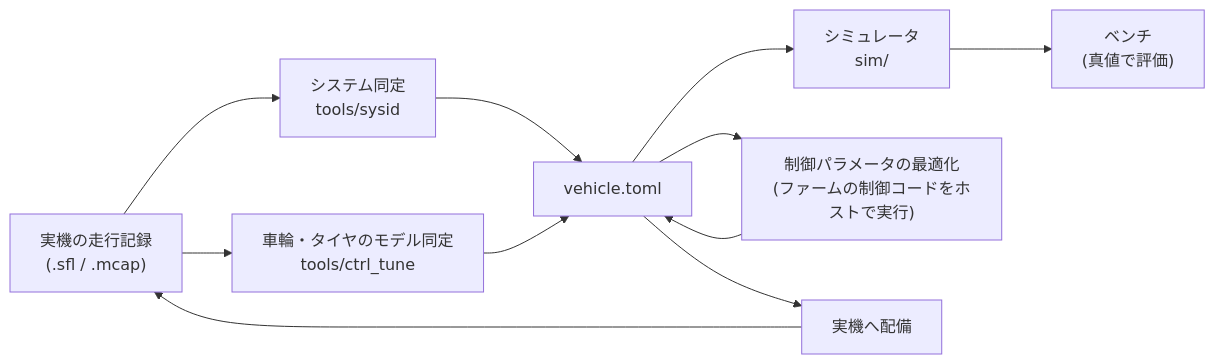
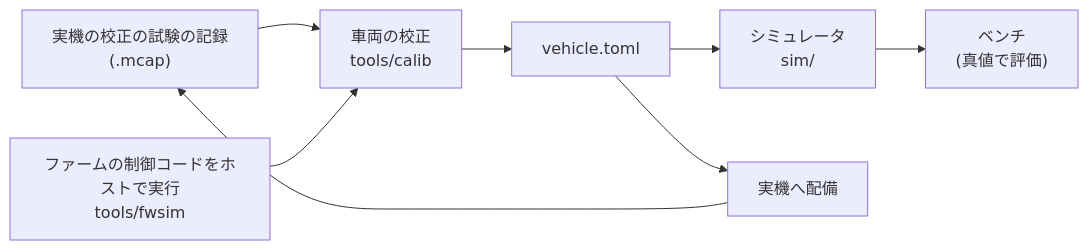
Before and after one commit to banbatakumi/AutonomousCar_RasPi: the diagram in surge_mk2/site/docs/dev/workflow.md, drawn with Mermaid. The commit also changed other lines of this file and 14 other files, not shown here.

````diff
--- a/surge_mk2/site/docs/dev/workflow.md
+++ b/surge_mk2/site/docs/dev/workflow.md
@@ -8,13 +8,10 @@
 ```mermaid
 flowchart LR
-    LOG["実機の走行記録<br/>(.sfl / .mcap)"] --> SYSID["システム同定<br/>tools/sysid"]
-    LOG --> FIT["車輪・タイヤのモデル同定<br/>tools/ctrl_tune"]
-    SYSID --> TOML["vehicle.toml"]
-    FIT --> TOML
+    LOG["実機の校正の試験の記録<br/>(.mcap)"] --> CAL["車両の校正<br/>tools/calib"]
+    CAL --> TOML["vehicle.toml"]
+    FW["ファームの制御コードをホストで実行<br/>tools/fwsim"] --> CAL
     TOML --> SIM["シミュレータ<br/>sim/"]
-    TOML --> OPT["制御パラメータの最適化<br/>(ファームの制御コードをホストで実行)"]
-    OPT --> TOML
     SIM --> BENCH["ベンチ<br/>(真値で評価)"]
     TOML --> CAR["実機へ配備"]
     CAR --> LOG
 ```
````
